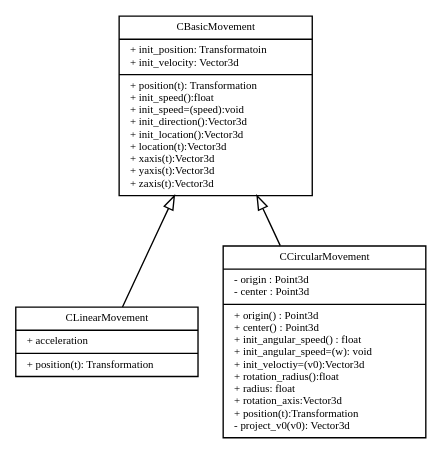
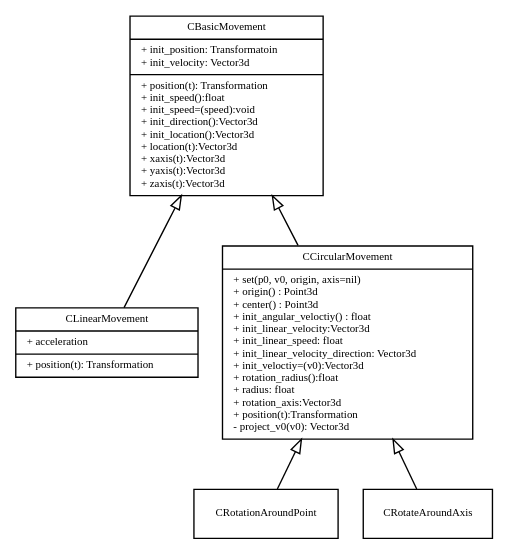
Before and after one commit to jxc761/3DMotionDB: the diagram in docs/class_diagrams/movement_class_diagram.dot, drawn with Graphviz. The commit also changed 16 other files, not shown here.

```diff
--- a/docs/class_diagrams/movement_class_diagram.dot
+++ b/docs/class_diagrams/movement_class_diagram.dot
@@ -1,82 +1,84 @@
 digraph G {
   fontname = "Bitstream Vera Sans"
   fontsize = 8
   
   
   # b [fillcolor=yellow fixedsize=true label="a very long label"]
   # d [fixedsize=shape label="an even longer label"]
      
      
      
   graph[labelloc="t" ]
   node [
     fontname = "Bitstream Vera Sans"
     fontsize = 8
     shape = "record"
   ]
   
   edge [
     fontname = "Bitstream Vera Sans"
     fontsize = 8
   ]
   
   rankdir = "BT"
   
   BasicMovement [
   label = "{CBasicMovement|
   + init_position: Transformatoin\l
   + init_velocity: Vector3d\l|
   + position(t): Transformation\l
   + init_speed():float\l
   + init_speed=(speed):void\l
   + init_direction():Vector3d\l
   + init_location():Vector3d\l
   + location(t):Vector3d\l
   + xaxis(t):Vector3d\l
   + yaxis(t):Vector3d\l
   + zaxis(t):Vector3d\l
   }"
   ]
   
 
 
 
 
   LinearMovement [
    
   label = "{CLinearMovement|
   + acceleration\l |
   + position(t): Transformation\l
   }"
   ]
 
   CircularMovement [
 
   label = "{CCircularMovement | 
-
-  - origin : Point3d \l
-  - center : Point3d \l|
-
+  + set(p0, v0, origin, axis=nil) \l
   + origin() : Point3d \l
   + center() : Point3d \l
-  + init_angular_speed() : float \l
-  + init_angular_speed=(w): void \l
+  
+  + init_angular_veloctiy() : float \l
+  + init_linear_velocity:Vector3d\l
+  + init_linear_speed: float\l
+  + init_linear_velocity_direction: Vector3d\l
   + init_veloctiy=(v0):Vector3d \l
   + rotation_radius():float\l
   + radius: float\l
   + rotation_axis:Vector3d\l
   + position(t):Transformation\l
 
   - project_v0(v0): Vector3d\l
 
   }"
   ] 
   
 
   
   edge [arrowhead = "empty"]
 
   LinearMovement -> BasicMovement
   CircularMovement -> BasicMovement
   { rank = same; LinearMovement; CircularMovement}
+  CRotationAroundPoint -> CircularMovement
+  CRotateAroundAxis-> CircularMovement
 }
```
